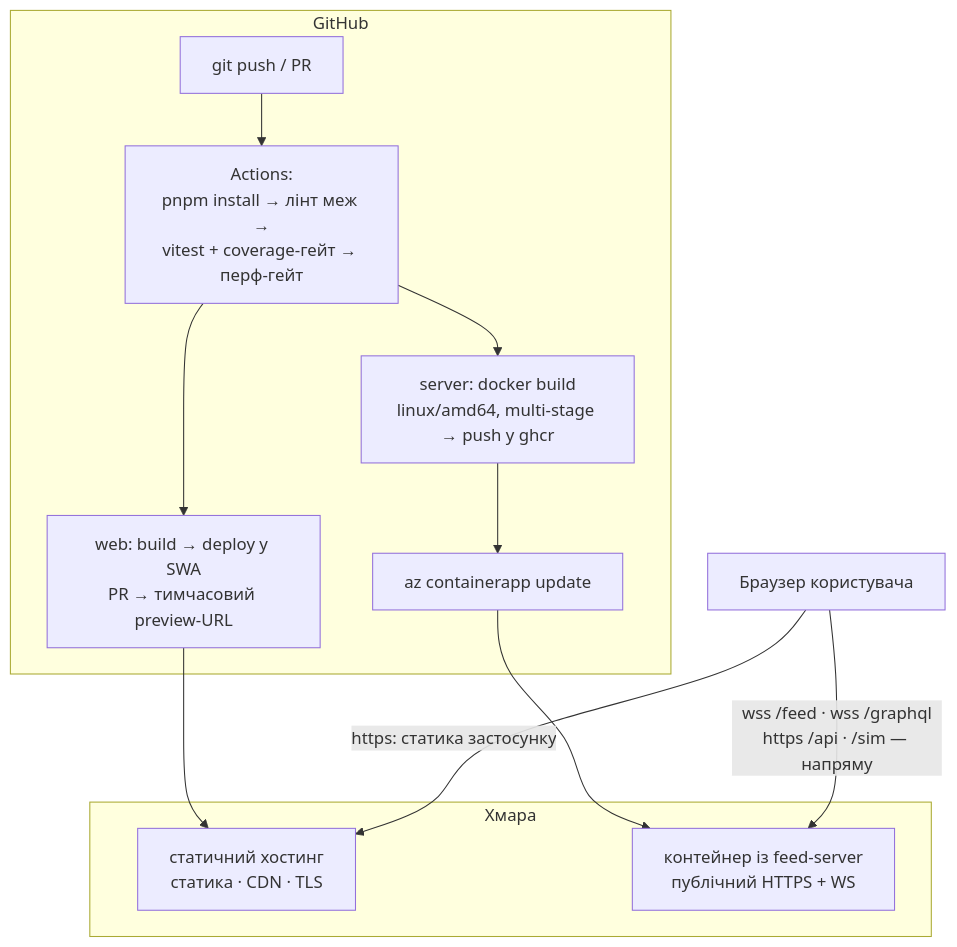
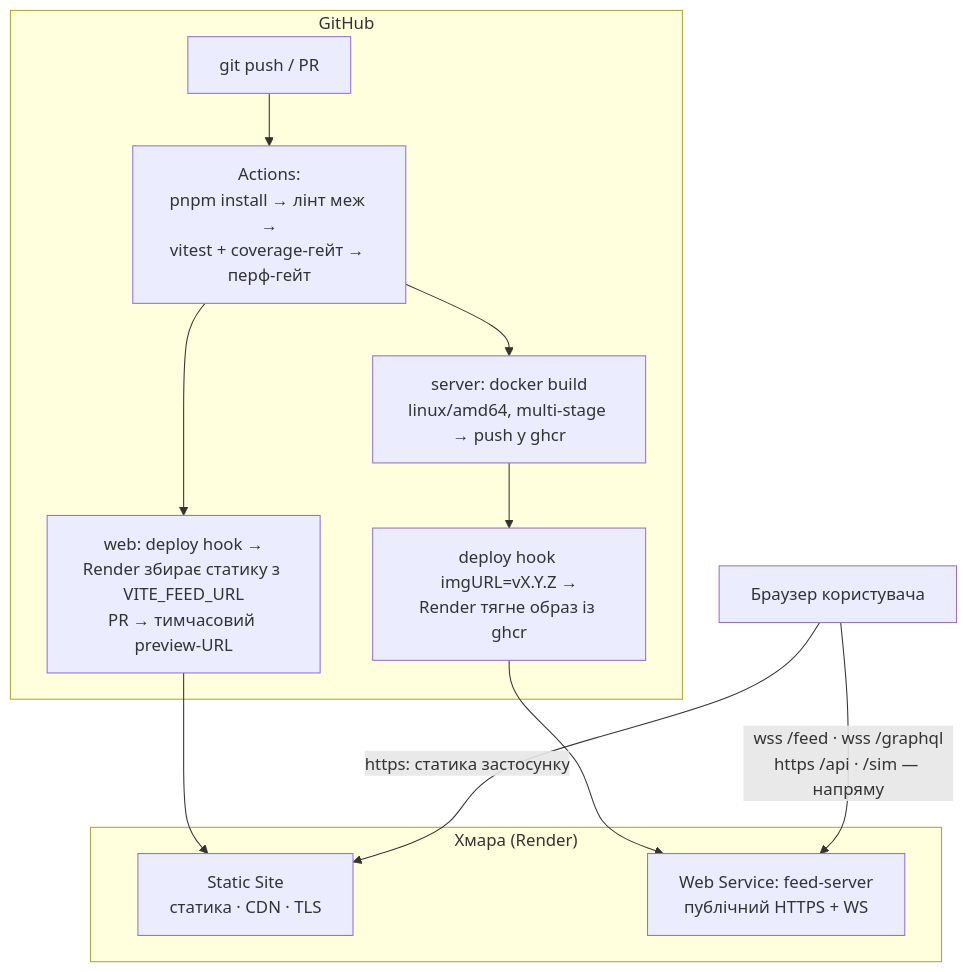
Before and after one commit to serhiipavlo/fx-ladder: the seventh of 7 diagrams in FX_BACKEND_ARCHITECTURE.md, drawn with Mermaid. The commit also changed other lines of this file and 3 other files, not shown here.

First line of the commit message:
ci: deploy to Render instead of Azure (ADR-11 revision)

````diff
--- a/FX_BACKEND_ARCHITECTURE.md
+++ b/FX_BACKEND_ARCHITECTURE.md
@@ -526,17 +526,17 @@
 ```mermaid
 flowchart TB
     subgraph GH["GitHub"]
         PR["git push / PR"] --> CI["Actions:<br/>pnpm install → лінт меж →<br/>vitest + coverage-гейт → перф-гейт"]
-        CI --> WD["web: build → deploy у SWA<br/>PR → тимчасовий preview-URL"]
+        CI --> WD["web: deploy hook →<br/>Render збирає статику з VITE_FEED_URL<br/>PR → тимчасовий preview-URL"]
         CI --> IMG["server: docker build<br/>linux/amd64, multi-stage → push у ghcr"]
-        IMG --> UPD["az containerapp update"]
+        IMG --> UPD["deploy hook imgURL=vX.Y.Z →<br/>Render тягне образ із ghcr"]
     end
-    subgraph AZ["Хмара"]
-        SWA["статичний хостинг<br/>статика · CDN · TLS"]
-        ACA["контейнер із feed-server<br/>публічний HTTPS + WS"]
+    subgraph RND["Хмара (Render)"]
+        WEB["Static Site<br/>статика · CDN · TLS"]
+        SRV["Web Service: feed-server<br/>публічний HTTPS + WS"]
     end
-    WD --> SWA
-    UPD --> ACA
-    U["Браузер користувача"] -- "https: статика застосунку" --> SWA
-    U -- "wss /feed · wss /graphql<br/>https /api · /sim — напряму" --> ACA
+    WD --> WEB
+    UPD --> SRV
+    U["Браузер користувача"] -- "https: статика застосунку" --> WEB
+    U -- "wss /feed · wss /graphql<br/>https /api · /sim — напряму" --> SRV
 ```
````
